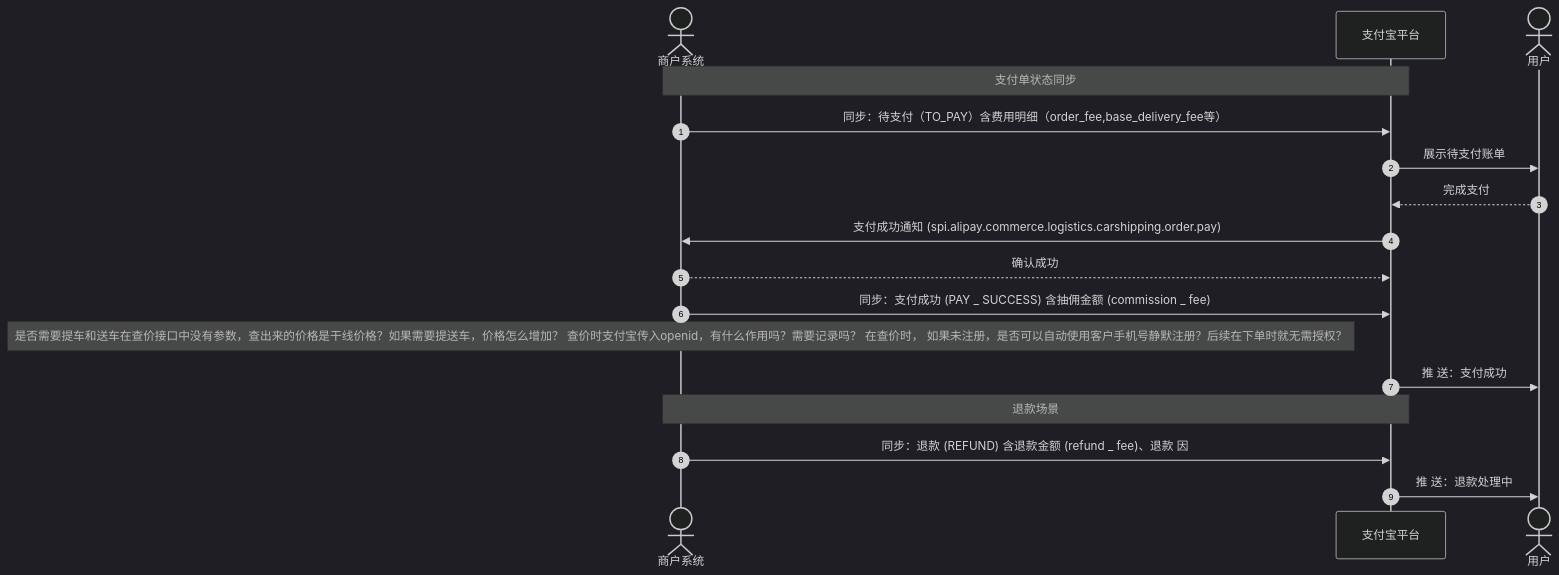
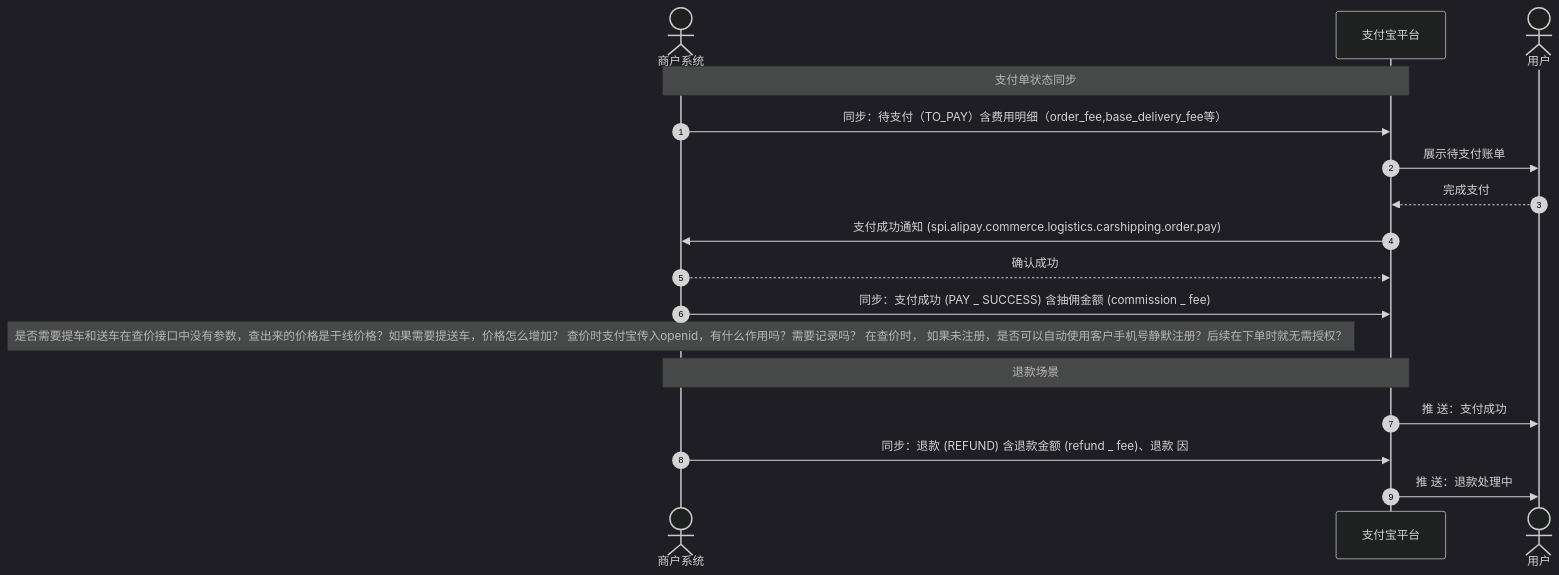
The diagram in mmd/支付单状态同步时序_b3042cb3-08c1-43b5-b440-32d3f6443821.mmd (pingpm/mermaid_vault), drawn with Mermaid (dark theme) before and after one commit. The commit also changed other lines of this file and 2 other files, not shown here.

Commit message:
Sync Mermaid Studio data (15 diagrams)

```diff
--- a/mmd/支付单状态同步时序_b3042cb3-08c1-43b5-b440-32d3f6443821.mmd
+++ b/mmd/支付单状态同步时序_b3042cb3-08c1-43b5-b440-32d3f6443821.mmd
@@ -1,17 +1,17 @@
 sequenceDiagram
   autonumber
   actor p0 as 商户系统
   participant p1 as ⽀付宝平台
   actor p2 as 用户
   Note over p0,p1: ⽀付单状态同步
   p0->>p1: 同步：待支付（TO_PAY）含费用明细（order_fee,base_delivery_fee等）
   p1->>p2: 展示待⽀付账单
   p2-->>p1: 完成⽀付
   p1->>p0: ⽀付成功通知 (spi.alipay.commerce.logistics.carshipping.order.pay)
   p0-->>p1: 确认成功
   p0->>p1: 同步：⽀付成功 (PAY _ SUCCESS) 含抽佣⾦额 (commission _ fee)
   Note over p0: 是否需要提车和送车在查价接口中没有参数，查出来的价格是干线价格？如果需要提送车，价格怎么增加？ 查价时支付宝传入openid，有什么作用吗？需要记录吗？ 在查价时， 如果未注册，是否可以自动使用客户手机号静默注册？后续在下单时就无需授权？
+  Note over p0,p1: 退款场景
   p1->>p2: 推 送：⽀付成功
-  Note over p0,p1: 退款场景
   p0->>p1: 同步：退款 (REFUND) 含退款⾦额 (refund _ fee)、退款 因
   p1->>p2: 推 送：退款处理中
```
